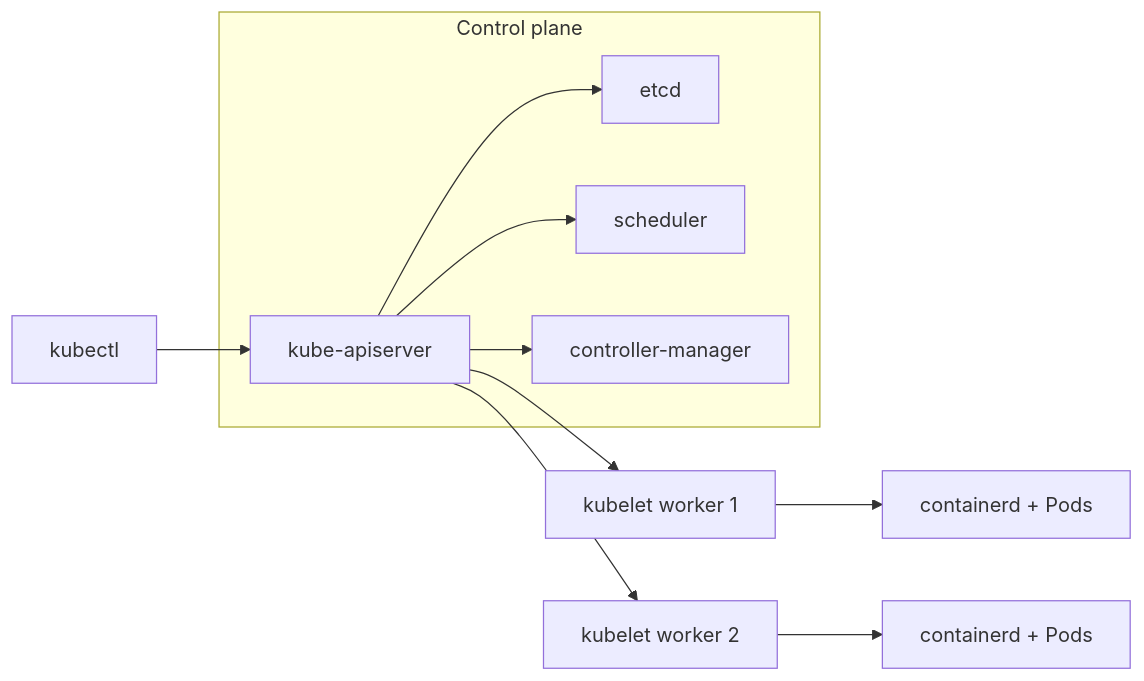
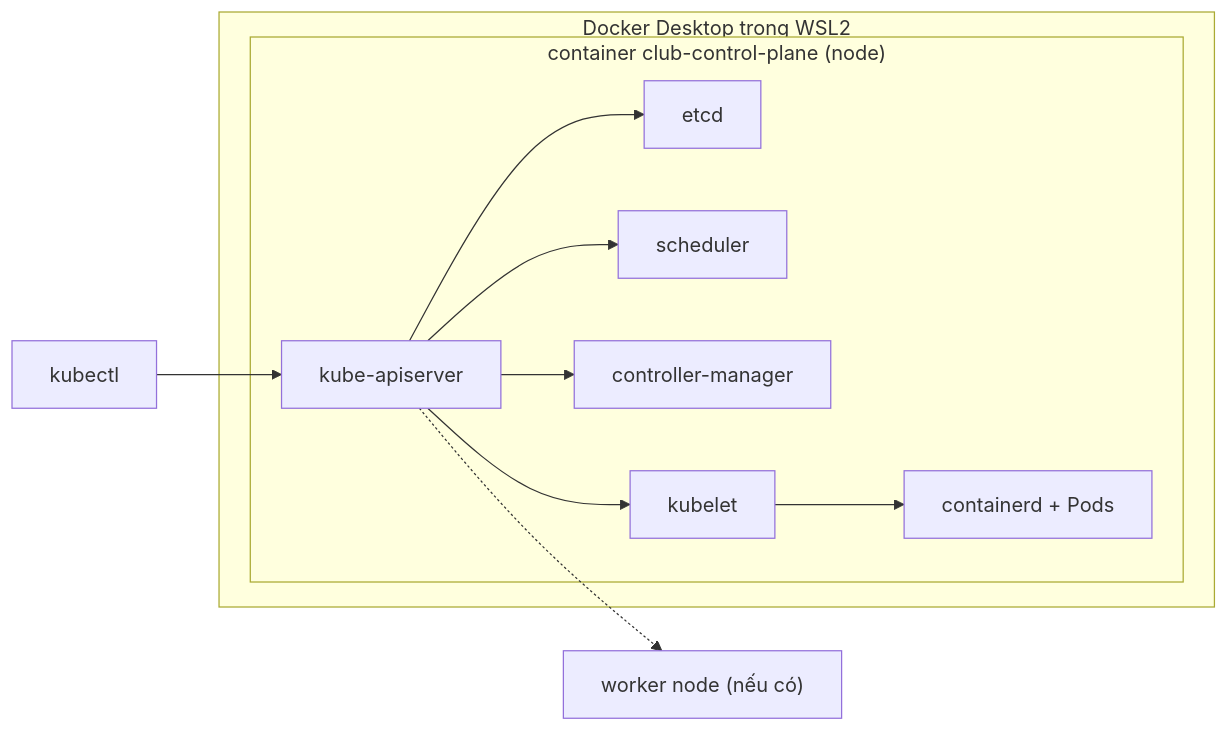
Before and after one commit to TienNHM/devops-course: the diagram in slides/05-kubernetes/session-21.md, drawn with Mermaid. The commit also changed other lines of this file and 266 other files, not shown here.

````diff
--- a/slides/05-kubernetes/session-21.md
+++ b/slides/05-kubernetes/session-21.md
@@ -106,13 +76,14 @@
 ```mermaid
 flowchart LR
-  U["kubectl"] --> API["kube-apiserver"]
-  subgraph CP["Control plane"]
-    API --> ETCD["etcd"]
-    API --> SCH["scheduler"]
-    API --> CM["controller-manager"]
+  U["kubectl"] --> API
+  subgraph D["Docker Desktop trong WSL2"]
+    subgraph N1["container club-control-plane (node)"]
+      API["kube-apiserver"] --> ETCD["etcd"]
+      API --> SCH["scheduler"]
+      API --> CM["controller-manager"]
+      API --> K1["kubelet"]
+      K1 --> R1["containerd + Pods"]
+    end
   end
-  API --> K1["kubelet worker 1"]
-  API --> K2["kubelet worker 2"]
-  K1 --> R1["containerd + Pods"]
-  K2 --> R2["containerd + Pods"]
+  API -.-> W["worker node (nếu có)"]
 ```
````
